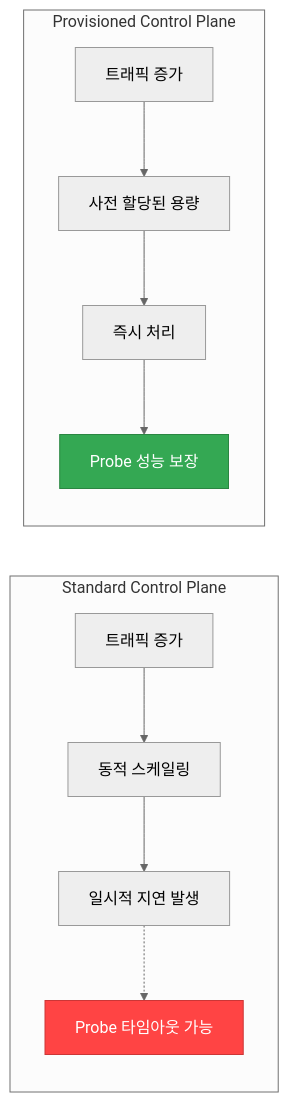
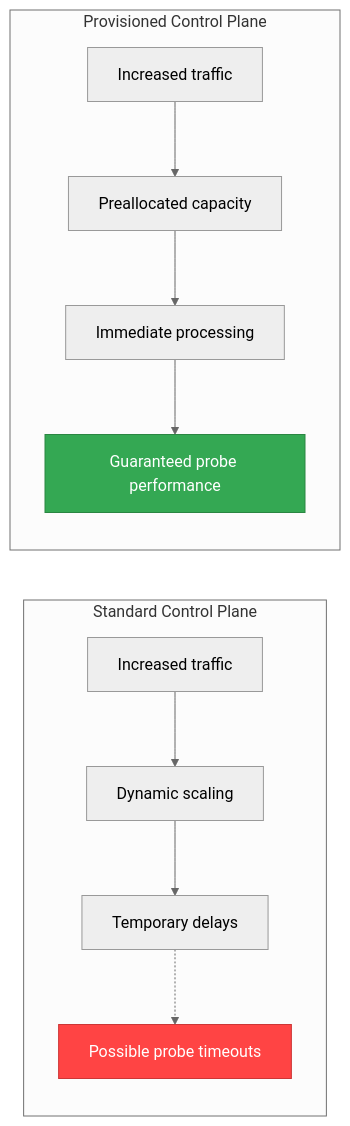
Before and after one commit to devfloor9/engineering-playbook: the second of 3 diagrams in docs/eks-best-practices/operations-reliability/pod-lifecycle/probe-eks-features.md, drawn with Mermaid (neutral theme). The commit also changed other lines of this file and 954 other files, not shown here.

````diff
--- a/docs/eks-best-practices/operations-reliability/pod-lifecycle/probe-eks-features.md
+++ b/docs/eks-best-practices/operations-reliability/pod-lifecycle/probe-eks-features.md
@@ -333,19 +333,19 @@
 ```mermaid
 graph LR
     subgraph "Standard Control Plane"
-        STD_LOAD[트래픽 증가]
-        STD_LOAD --> STD_SCALE[동적 스케일링]
-        STD_SCALE --> STD_DELAY[일시적 지연 발생]
-        STD_DELAY -.-> STD_PROBE_FAIL[Probe 타임아웃 가능]
+        STD_LOAD[Increased traffic]
+        STD_LOAD --> STD_SCALE[Dynamic scaling]
+        STD_SCALE --> STD_DELAY[Temporary delays]
+        STD_DELAY -.-> STD_PROBE_FAIL[Possible probe timeouts]
     end
 
     subgraph "Provisioned Control Plane"
-        PROV_LOAD[트래픽 증가]
-        PROV_LOAD --> PROV_READY[사전 할당된 용량]
-        PROV_READY --> PROV_FAST[즉시 처리]
-        PROV_FAST --> PROV_PROBE_OK[Probe 성능 보장]
+        PROV_LOAD[Increased traffic]
+        PROV_LOAD --> PROV_READY[Preallocated capacity]
+        PROV_READY --> PROV_FAST[Immediate processing]
+        PROV_FAST --> PROV_PROBE_OK[Guaranteed probe performance]
     end
 
     style STD_PROBE_FAIL fill:#ff4444,stroke:#cc3636,color:#fff
     style PROV_PROBE_OK fill:#34a853,stroke:#2a8642,color:#fff
 ```
````
